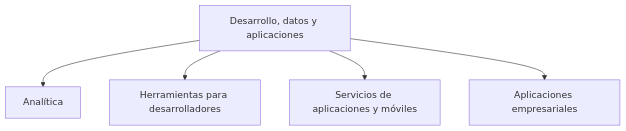
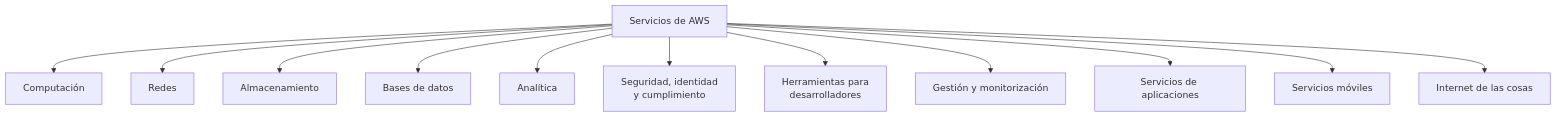
The third of 12 diagrams in docs/guia-del-estudiante/01-aws-technical-essentials/modulos/01-introduccion-a-amazon-web-services.md (seguidodoblado/AWS-DVA-C02_AWS-DOP-C01), drawn with Mermaid before and after one commit. The commit also changed other lines of this file, not shown here.

Commit message:
Update module 1

````diff
--- a/docs/guia-del-estudiante/01-aws-technical-essentials/modulos/01-introduccion-a-amazon-web-services.md
+++ b/docs/guia-del-estudiante/01-aws-technical-essentials/modulos/01-introduccion-a-amazon-web-services.md
@@ -118,7 +106,15 @@
 ```mermaid
+%%{init: {'flowchart': {'useMaxWidth': true}}}%%
 flowchart TD
-    A["Desarrollo, datos y aplicaciones"] --> B["Analítica"]
-    A --> C["Herramientas para desarrolladores"]
-    A --> D["Servicios de aplicaciones y móviles"]
-    A --> E["Aplicaciones empresariales"]
+    A["Servicios de AWS"] --> B["Computación"]
+    A --> C["Redes"]
+    A --> D["Almacenamiento"]
+    A --> E["Bases de datos"]
+    A --> F["Analítica"]
+    A --> G["Seguridad, identidad<br/>y cumplimiento"]
+    A --> H["Herramientas para<br/>desarrolladores"]
+    A --> I["Gestión y monitorización"]
+    A --> J["Servicios de aplicaciones"]
+    A --> K["Servicios móviles"]
+    A --> L["Internet de las cosas"]
 ```
````
